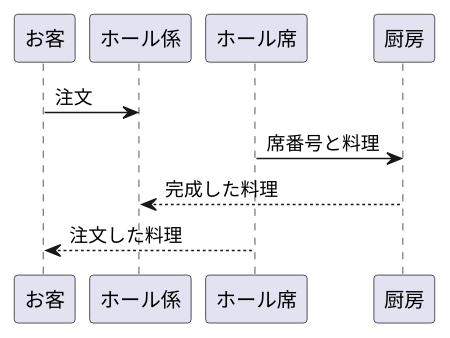
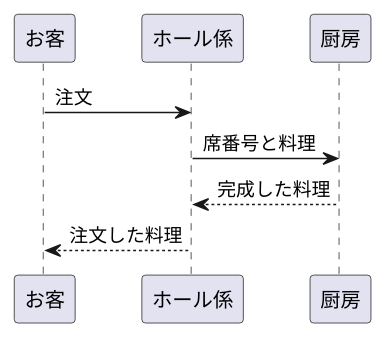
One commit to Aso2001409/2021sys-design changed the diagram in kadai4_3.md. Above: the diagram before and after it, drawn with PlantUML.

````diff
--- a/kadai4_3.md
+++ b/kadai4_3.md
@@ -1,8 +1,8 @@
 ```uml
 @startuml
 お客 -> ホール係 :注文
-ホール席 -> 厨房 :席番号と料理
+ホール係 -> 厨房 :席番号と料理
 厨房 --> ホール係 :完成した料理
-ホール席 --> お客 :注文した料理
+ホール係 --> お客 :注文した料理
 
 ```
````
